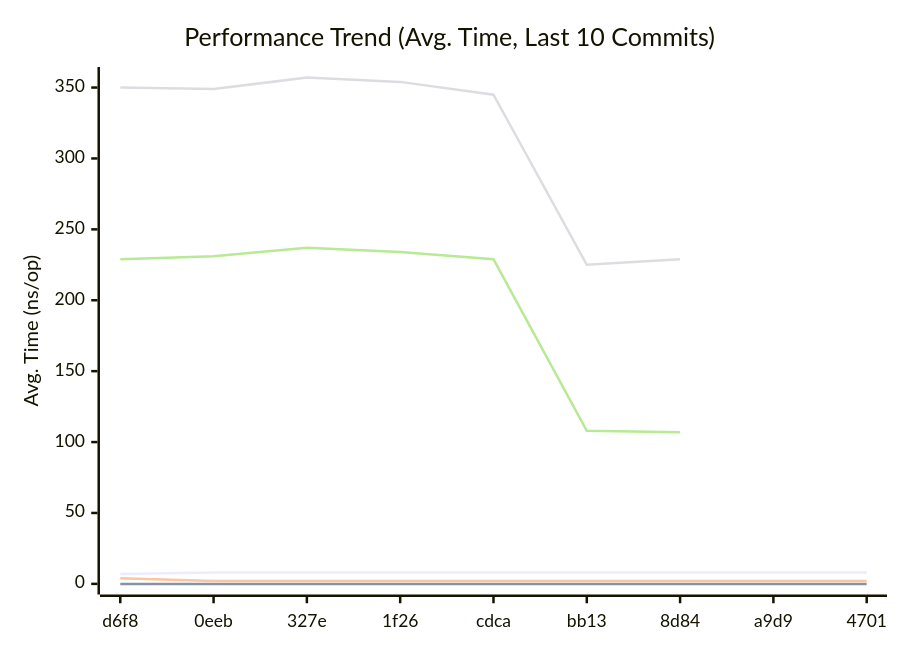
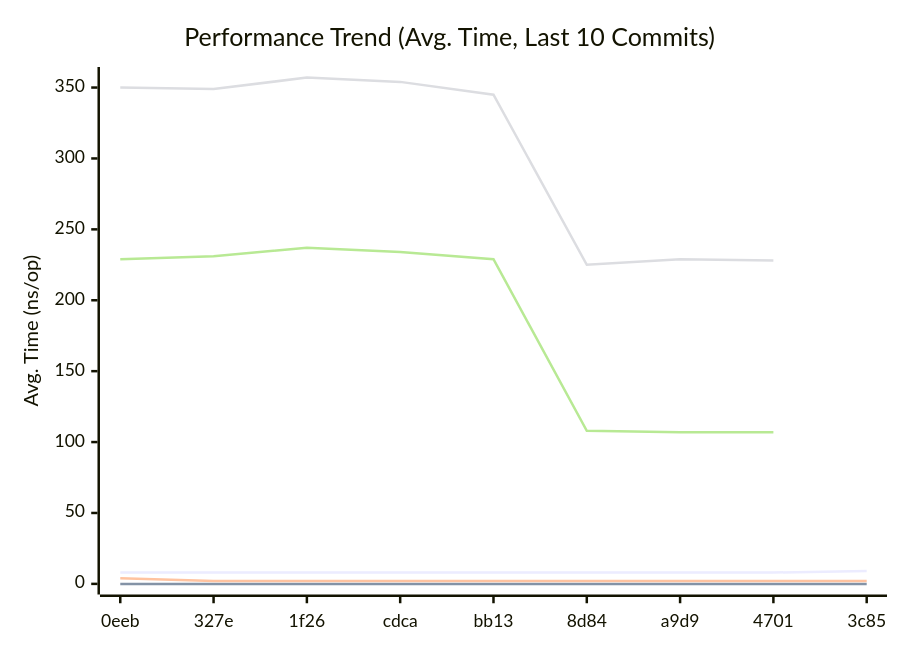
One commit to alsotoes/momo changed the first of 3 diagrams in doc/README.md. Above: the diagram before and after it, drawn with Mermaid. The commit also changed other lines of this file and 1 other file, not shown here.

````diff
--- a/doc/README.md
+++ b/doc/README.md
@@ -296,12 +299,12 @@
 ```mermaid
 xychart-beta
     title "Performance Trend (Avg. Time, Last 10 Commits)"
     x-axis "Commit"
     y-axis "Avg. Time (ns/op)"
-    x-axis [d6f8,0eeb,327e,1f26,cdca,bb13,8d84,a9d9,4701]
-    line "CheckMetricsAndSwap" [7,8,8,8,8,8,8,8,8,9]
+    x-axis [0eeb,327e,1f26,cdca,bb13,8d84,a9d9,4701,3c85]
+    line "CheckMetricsAndSwap" [8,8,8,8,8,8,8,8,9,8]
     line "IndexDirectTracking" [0,0,0,0,0,0,0,0,0,0]
     line "IndexSearch" [4,2,2,2,2,2,2,2,2,2]
-    line "ParseReplicationOrder_NoPrealloc" [350,349,357,354,345,225,229]
-    line "ParseReplicationOrder_Prealloc" [229,231,237,234,229,108,107]
+    line "ParseReplicationOrder_NoPrealloc" [350,349,357,354,345,225,229,228]
+    line "ParseReplicationOrder_Prealloc" [229,231,237,234,229,108,107,107]
 ```
````
